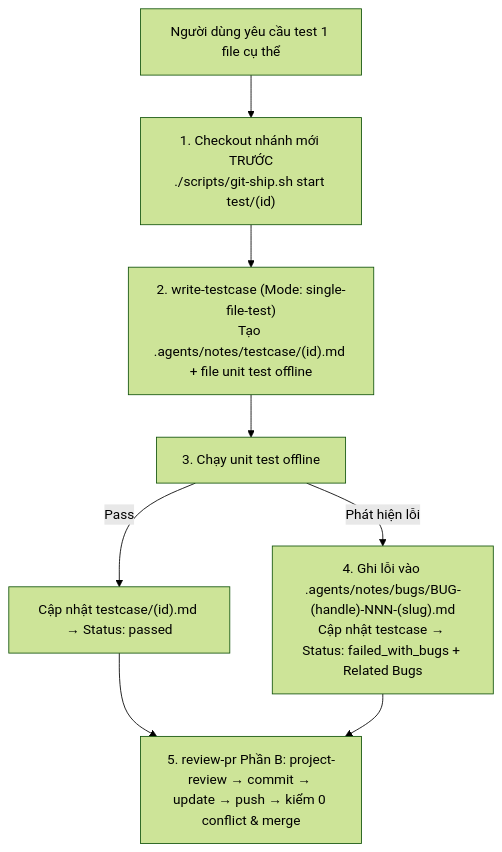
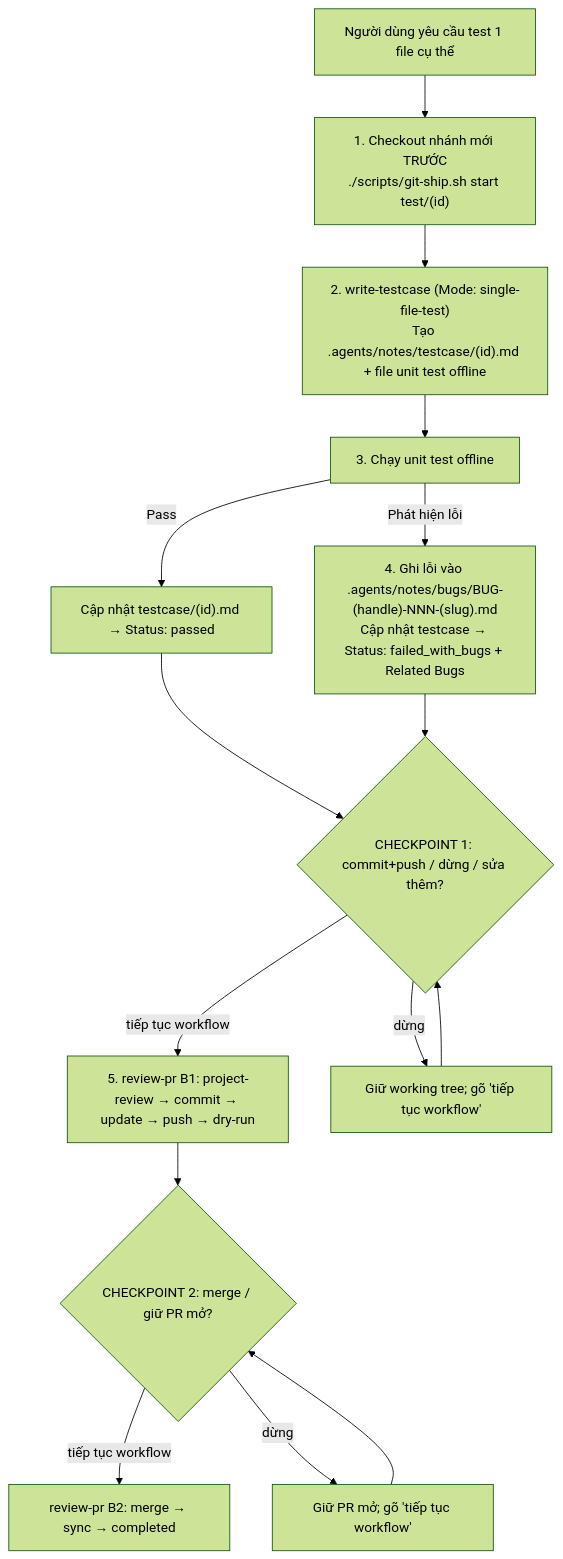
The second of 2 diagrams in docs/agent-workflow.md (ThienleDuc/GDMAS), drawn with Mermaid (forest theme) before and after one commit. The commit also changed other lines of this file and 12 other files, not shown here.

First line of the commit message:
chore(agents): thêm 2 checkpoint commit/push và merge vào workflow (2026-11-18-workflow-checkpoints-thien)

````diff
--- a/docs/agent-workflow.md
+++ b/docs/agent-workflow.md
@@ -134,10 +146,17 @@
 ```mermaid
 flowchart TD
     U["Người dùng yêu cầu test 1 file cụ thể"] --> BR["1. Checkout nhánh mới TRƯỚC<br/>./scripts/git-ship.sh start test/(id)"]
     BR --> TC["2. write-testcase (Mode: single-file-test)<br/>Tạo .agents/notes/testcase/(id).md + file unit test offline"]
     TC --> RUN["3. Chạy unit test offline"]
     RUN -- "Pass" --> OK["Cập nhật testcase/(id).md → Status: passed"]
     RUN -- "Phát hiện lỗi" --> BUG["4. Ghi lỗi vào .agents/notes/bugs/BUG-(handle)-NNN-(slug).md<br/>Cập nhật testcase → Status: failed_with_bugs + Related Bugs"]
-    OK --> PR["5. review-pr Phần B: project-review → commit → update → push → kiểm 0 conflict & merge"]
-    BUG --> PR
+    OK --> CP1{"CHECKPOINT 1: commit+push / dừng / sửa thêm?"}
+    BUG --> CP1
+    CP1 -- "tiếp tục workflow" --> PR["5. review-pr B1: project-review → commit → update → push → dry-run"]
+    CP1 -- "dừng" --> HOLD["Giữ working tree; gõ 'tiếp tục workflow'"]
+    HOLD --> CP1
+    PR --> CP2{"CHECKPOINT 2: merge / giữ PR mở?"}
+    CP2 -- "tiếp tục workflow" --> MG["review-pr B2: merge → sync → completed"]
+    CP2 -- "dừng" --> HOLDPR["Giữ PR mở; gõ 'tiếp tục workflow'"]
+    HOLDPR --> CP2
 ```
````
